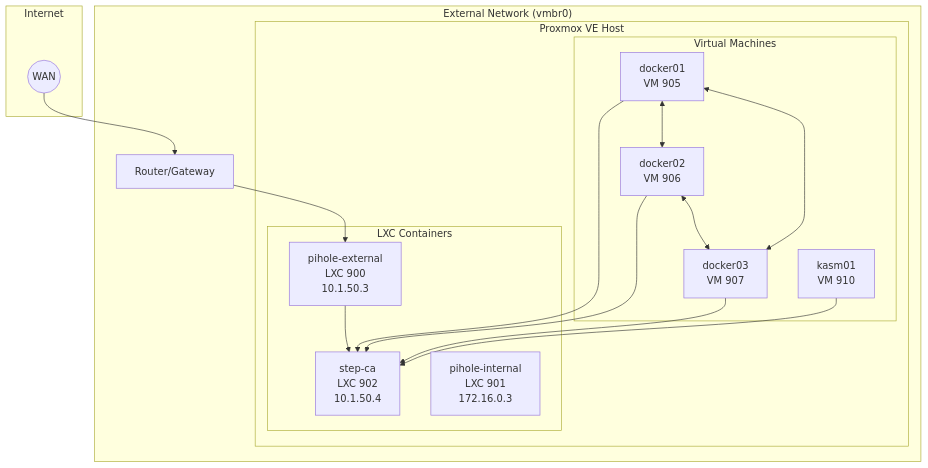
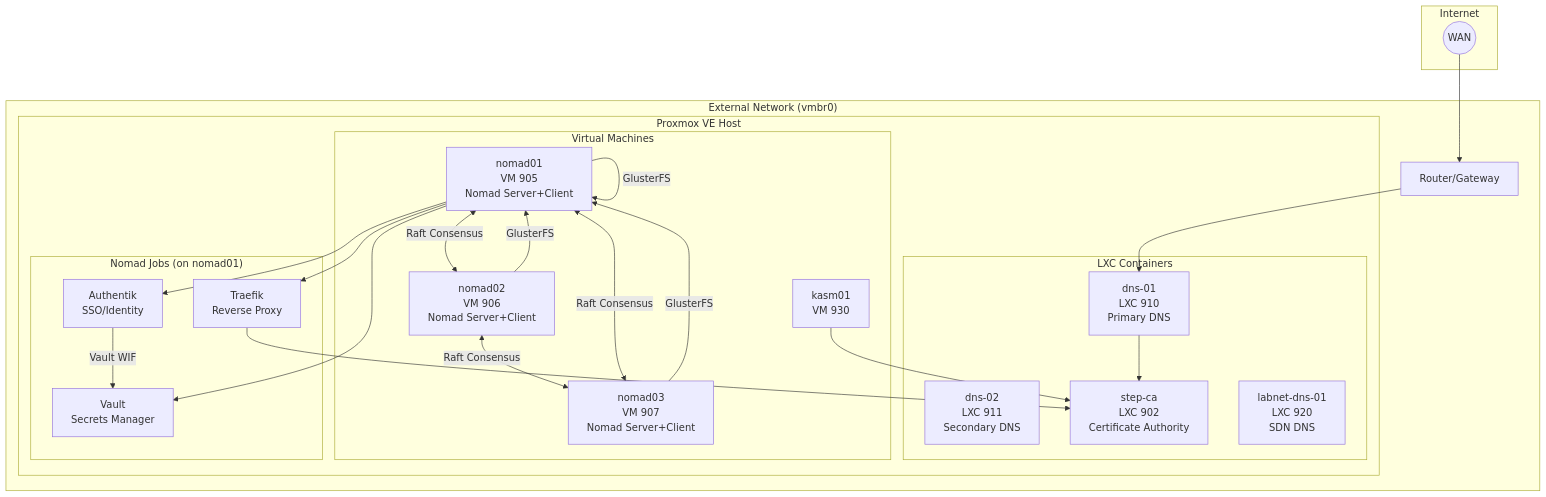
One commit to jknyght9/proxmox-lab changed the first of 2 diagrams in docs/architecture/overview.md. Above: the diagram before and after it, drawn with Mermaid. The commit also changed other lines of this file and 21 other files, not shown here.

````diff
--- a/docs/architecture/overview.md
+++ b/docs/architecture/overview.md
@@ -7,34 +7,46 @@
 ```mermaid
 graph TB
     subgraph internet["Internet"]
         WAN((WAN))
     end
 
     subgraph lan["External Network (vmbr0)"]
         ROUTER[Router/Gateway]
 
         subgraph proxmox["Proxmox VE Host"]
             subgraph lxc_containers["LXC Containers"]
-                PIHOLE_EXT[pihole-external<br/>LXC 900<br/>10.1.50.3]
-                STEPCA[step-ca<br/>LXC 902<br/>10.1.50.4]
-                PIHOLE_INT[pihole-internal<br/>LXC 901<br/>172.16.0.3]
+                DNS01[dns-01<br/>LXC 910<br/>Primary DNS]
+                DNS02[dns-02<br/>LXC 911<br/>Secondary DNS]
+                STEPCA[step-ca<br/>LXC 902<br/>Certificate Authority]
+                LABNET_DNS[labnet-dns-01<br/>LXC 920<br/>SDN DNS]
             end
 
             subgraph virtual_machines["Virtual Machines"]
-                DOCKER1[docker01<br/>VM 905]
-                DOCKER2[docker02<br/>VM 906]
-                DOCKER3[docker03<br/>VM 907]
-                KASM[kasm01<br/>VM 910]
+                NOMAD1[nomad01<br/>VM 905<br/>Nomad Server+Client]
+                NOMAD2[nomad02<br/>VM 906<br/>Nomad Server+Client]
+                NOMAD3[nomad03<br/>VM 907<br/>Nomad Server+Client]
+                KASM[kasm01<br/>VM 930]
+            end
+
+            subgraph nomad_jobs["Nomad Jobs (on nomad01)"]
+                TRAEFIK[Traefik<br/>Reverse Proxy]
+                VAULT[Vault<br/>Secrets Manager]
+                AUTHENTIK[Authentik<br/>SSO/Identity]
             end
         end
     end
 
     WAN --> ROUTER
-    ROUTER --> PIHOLE_EXT
-    PIHOLE_EXT --> STEPCA
-    DOCKER1 <--> DOCKER2
-    DOCKER2 <--> DOCKER3
-    DOCKER3 <--> DOCKER1
-    DOCKER1 & DOCKER2 & DOCKER3 --> STEPCA
+    ROUTER --> DNS01
+    DNS01 --> STEPCA
+    NOMAD1 <-->|Raft Consensus| NOMAD2
+    NOMAD2 <-->|Raft Consensus| NOMAD3
+    NOMAD3 <-->|Raft Consensus| NOMAD1
+    NOMAD1 & NOMAD2 & NOMAD3 -->|GlusterFS| NOMAD1
+    NOMAD1 --> TRAEFIK
+    NOMAD1 --> VAULT
+    NOMAD1 --> AUTHENTIK
+    AUTHENTIK -->|Vault WIF| VAULT
+    TRAEFIK --> STEPCA
     KASM --> STEPCA
 ```
````
